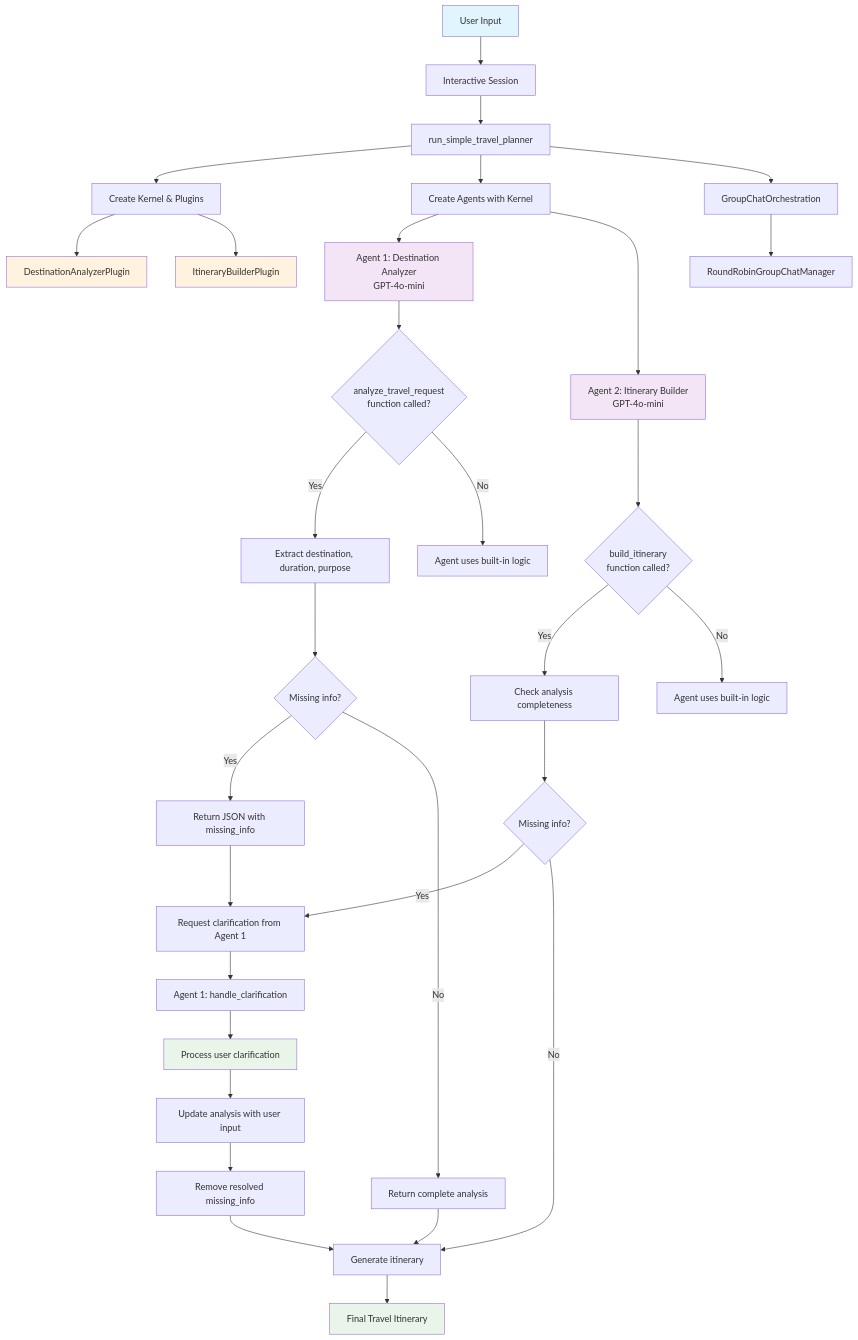
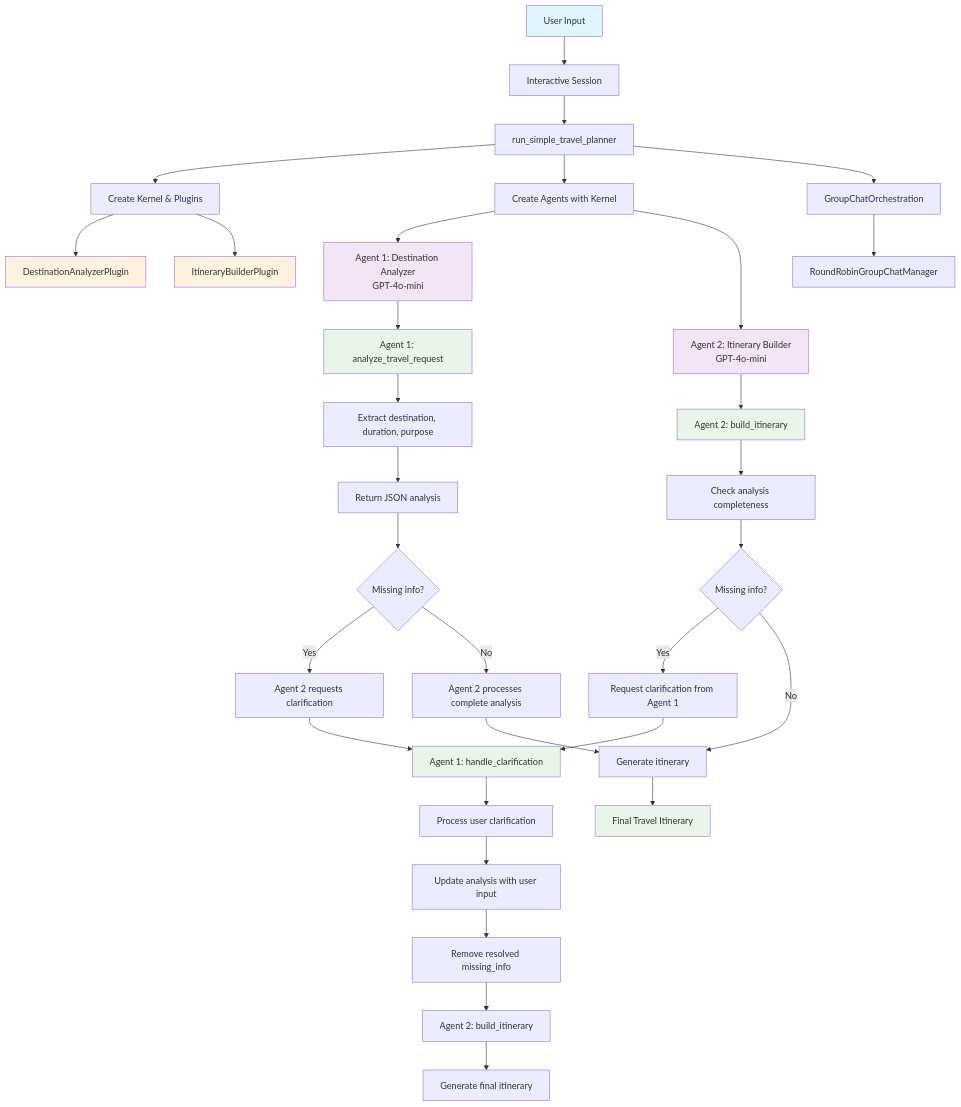
Before and after one commit to iamask/multi-agent-travel-planner: the first of 2 diagrams in README.md, drawn with Mermaid.

Commit message:
mermaid diagram

````diff
--- a/README.md
+++ b/README.md
@@ -45,45 +45,51 @@
 ```mermaid
 flowchart TD
     A[User Input] --> B[Interactive Session]
     B --> C[run_simple_travel_planner]
     C --> D[Create Kernel & Plugins]
     D --> E[DestinationAnalyzerPlugin]
     D --> F[ItineraryBuilderPlugin]
     C --> G[Create Agents with Kernel]
     G --> H[Agent 1: Destination Analyzer<br/>GPT-4o-mini]
     G --> I[Agent 2: Itinerary Builder<br/>GPT-4o-mini]
     C --> J[GroupChatOrchestration]
     J --> K[RoundRobinGroupChatManager]
 
-    H --> L{analyze_travel_request<br/>function called?}
-    L -->|Yes| M[Extract destination, duration, purpose]
-    L -->|No| N[Agent uses built-in logic]
-    M --> O{Missing info?}
-    O -->|Yes| P[Return JSON with missing_info]
-    O -->|No| Q[Return complete analysis]
+    %% Agent 1 Components
+    H --> L[Agent 1: analyze_travel_request]
+    L --> M[Extract destination, duration, purpose]
+    M --> N[Return JSON analysis]
+    N --> O{Missing info?}
+    O -->|Yes| P[Agent 2 requests clarification]
+    O -->|No| Q[Agent 2 processes complete analysis]
 
-    I --> R{build_itinerary<br/>function called?}
-    R -->|Yes| S[Check analysis completeness]
-    R -->|No| T[Agent uses built-in logic]
-    S --> U{Missing info?}
-    U -->|Yes| V[Request clarification from Agent 1]
-    U -->|No| W[Generate itinerary]
+    %% Agent 2 Components
+    I --> R[Agent 2: build_itinerary]
+    R --> S[Check analysis completeness]
+    S --> T{Missing info?}
+    T -->|Yes| U[Request clarification from Agent 1]
+    T -->|No| V[Generate itinerary]
 
-    P --> V
-    V --> X[Agent 1: handle_clarification]
-    X --> Y[Process user clarification]
-    Y --> Z[Update analysis with user input]
-    Z --> AA[Remove resolved missing_info]
-    AA --> W
+    %% Feedback Loop
+    P --> W[Agent 1: handle_clarification]
+    U --> W
+    W --> X[Process user clarification]
+    X --> Y[Update analysis with user input]
+    Y --> Z[Remove resolved missing_info]
+    Z --> AA[Agent 2: build_itinerary]
+    AA --> BB[Generate final itinerary]
 
-    Q --> W
-    W --> BB[Final Travel Itinerary]
+    Q --> V
+    V --> CC[Final Travel Itinerary]
 
+    %% Styling
     style A fill:#e1f5fe
     style H fill:#f3e5f5
     style I fill:#f3e5f5
     style E fill:#fff3e0
     style F fill:#fff3e0
-    style Y fill:#e8f5e8
-    style BB fill:#e8f5e8
+    style L fill:#e8f5e8
+    style R fill:#e8f5e8
+    style W fill:#e8f5e8
+    style CC fill:#e8f5e8
 ```
````
